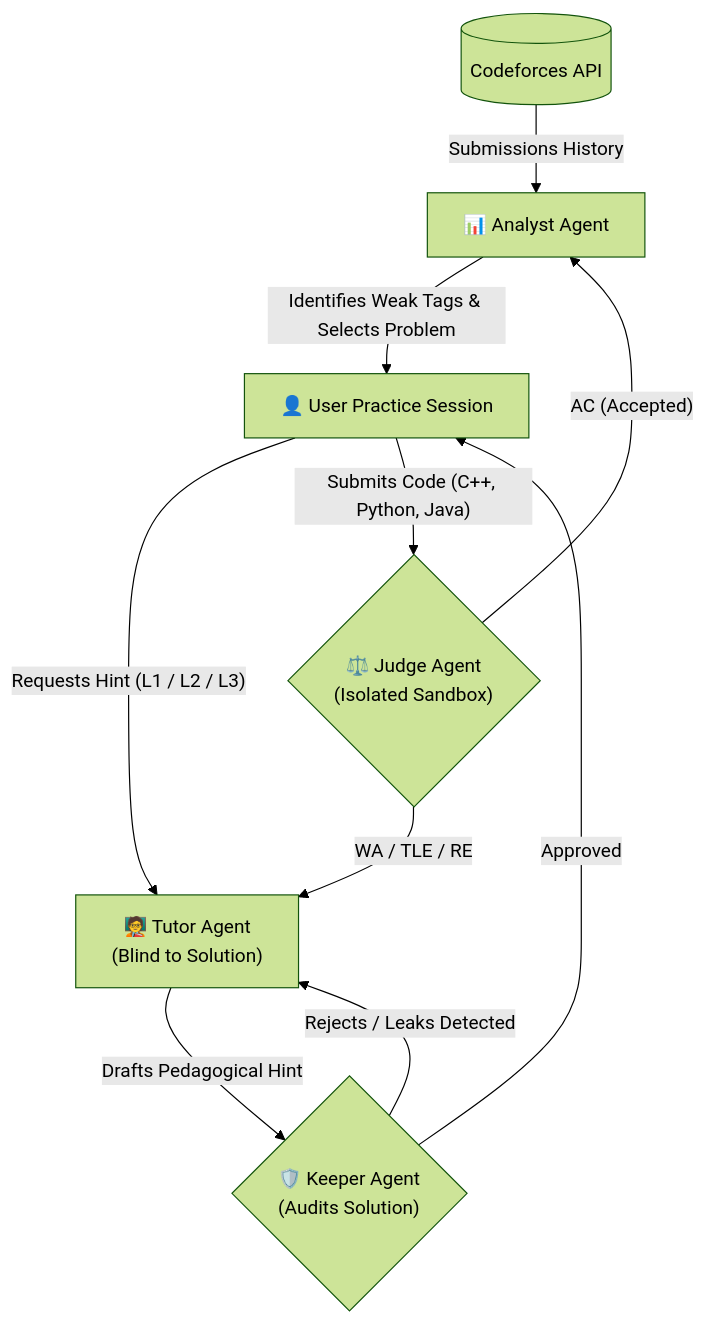
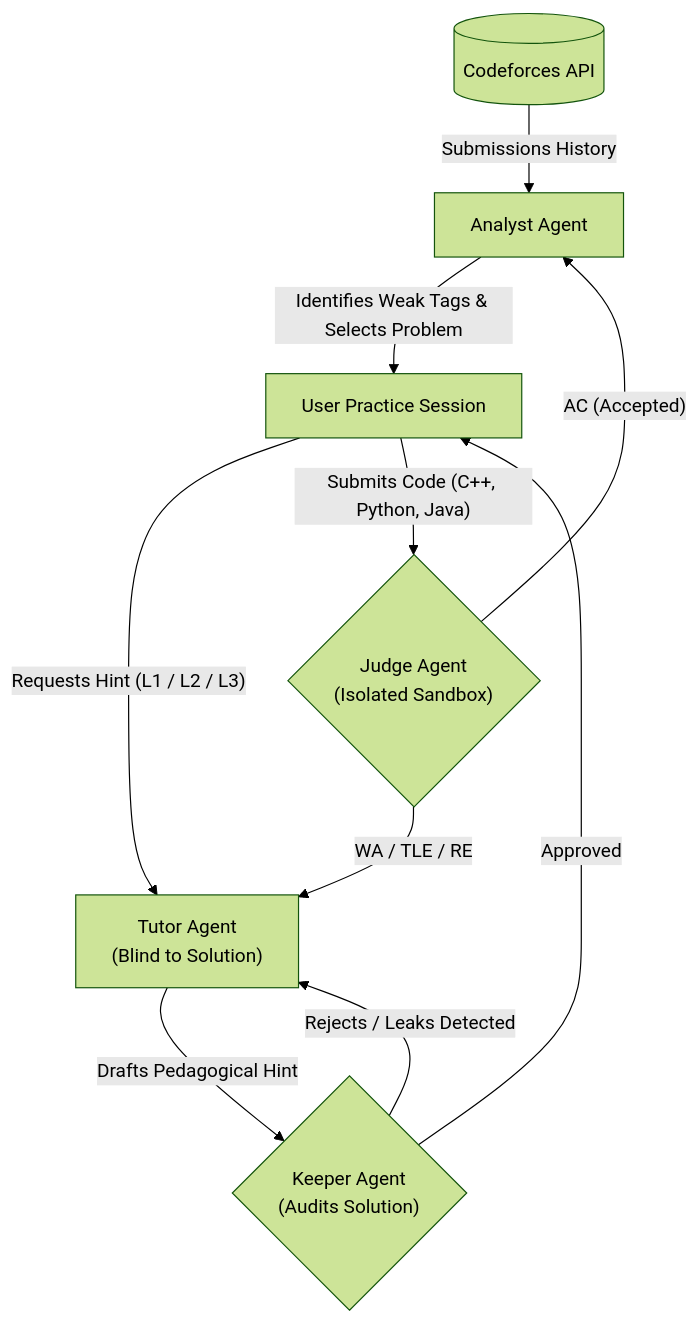
Before and after one commit to aviraltrip/Son-of-Aviral-CP-Coach: the diagram in README.md, drawn with Mermaid (forest theme).

Commit message:
readme updated

````diff
--- a/README.md
+++ b/README.md
@@ -25,14 +25,14 @@
 ```mermaid
 flowchart TD
-    CF[("Codeforces API")] -->|Submissions History| Analyst["📊 Analyst Agent"]
-    Analyst -->|Identifies Weak Tags & Selects Problem| User["👤 User Practice Session"]
+    CF[("Codeforces API")] -->|Submissions History| Analyst["Analyst Agent"]
+    Analyst -->|Identifies Weak Tags & Selects Problem| User["User Practice Session"]
 
-    User -->|"Requests Hint (L1 / L2 / L3)"| Tutor["🧑‍🏫 Tutor Agent<br/>(Blind to Solution)"]
-    Tutor -->|Drafts Pedagogical Hint| Keeper{"🛡️ Keeper Agent<br/>(Audits Solution)"}
+    User -->|"Requests Hint (L1 / L2 / L3)"| Tutor["Tutor Agent<br/>(Blind to Solution)"]
+    Tutor -->|Drafts Pedagogical Hint| Keeper{"Keeper Agent<br/>(Audits Solution)"}
     Keeper -->|Approved| User
     Keeper -->|Rejects / Leaks Detected| Tutor
 
-    User -->|"Submits Code (C++, Python, Java)"| Judge{"⚖️ Judge Agent<br/>(Isolated Sandbox)"}
+    User -->|"Submits Code (C++, Python, Java)"| Judge{"Judge Agent<br/>(Isolated Sandbox)"}
     Judge -->|"AC (Accepted)"| Analyst
     Judge -->|"WA / TLE / RE"| Tutor
 ```
````
